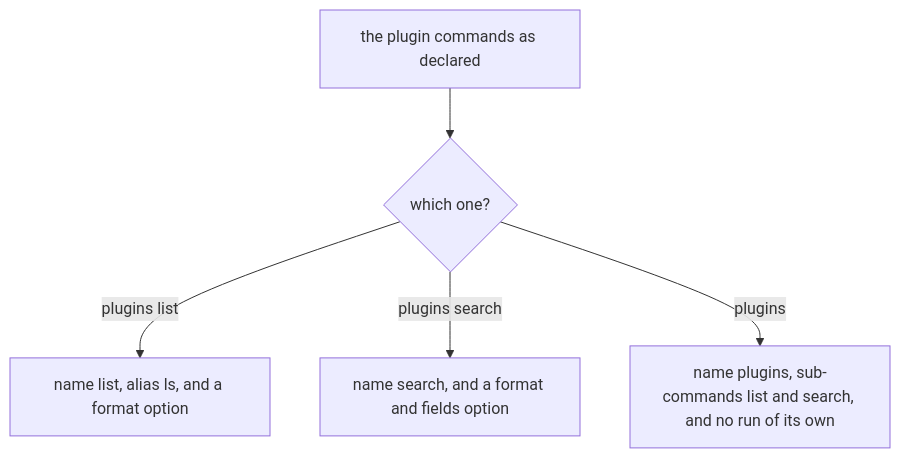
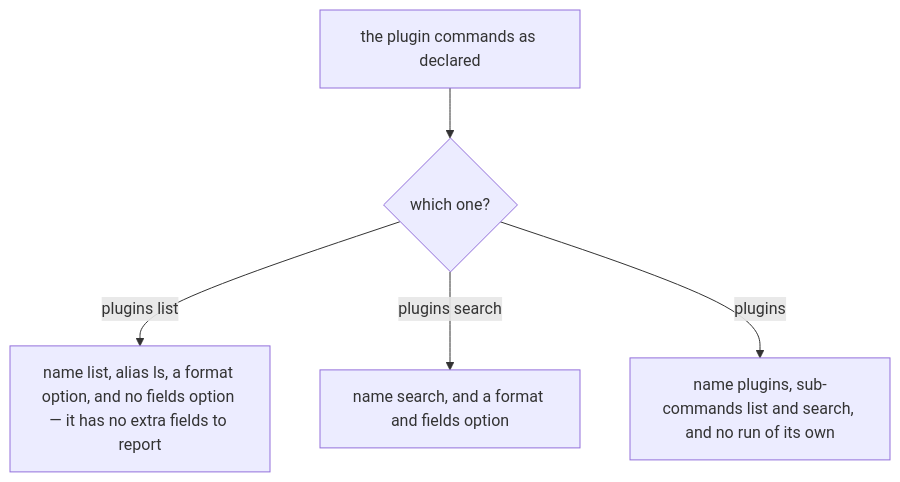
One commit to clibuilder/clibuilder changed the fourth of 4 diagrams in packages/clibuilder/.agents/spec/builtin-commands/README.md. Above: the diagram before and after it, drawn with Mermaid. The commit also changed other lines of this file and 1 other file, not shown here.

First line of the commit message:
docs(clibuilder): test that plugins list declares no fields option

````diff
--- a/packages/clibuilder/.agents/spec/builtin-commands/README.md
+++ b/packages/clibuilder/.agents/spec/builtin-commands/README.md
@@ -198,7 +198,7 @@
 ```mermaid
 graph TD
   DC[the plugin commands as declared] --> WH{which one?}
-  WH -- "plugins list" --> DL["name list, alias ls, and a format option"]
+  WH -- "plugins list" --> DL["name list, alias ls, a format option, and no fields option — it has no extra fields to report"]
   WH -- "plugins search" --> DS["name search, and a format and fields option"]
   WH -- "plugins" --> DG["name plugins, sub-commands list and search, and no run of its own"]
 ```
````
